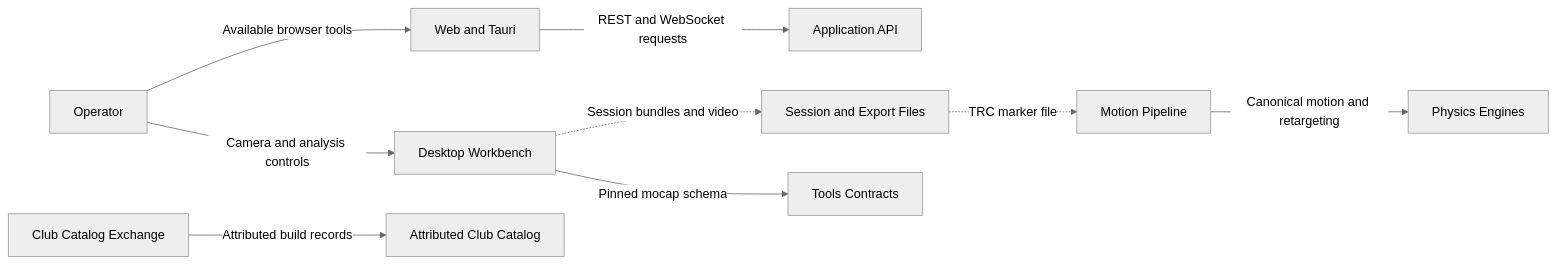
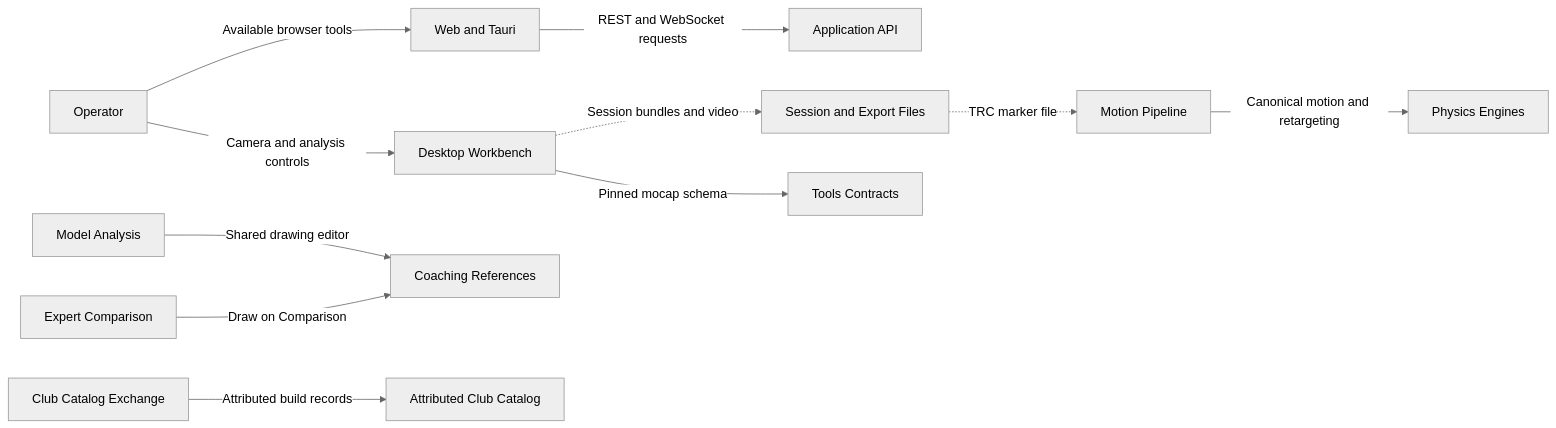
Before and after one commit to D-sorganization/UpstreamDrift: the first of 3 diagrams in docs/architecture/CAPABILITY_ATLAS.md, drawn with Mermaid (neutral theme). The commit also changed other lines of this file and 19 other files, not shown here.

Commit message:
feat(analysis): edit and export shared comparison drawings (#9932)

````diff
--- a/docs/architecture/CAPABILITY_ATLAS.md
+++ b/docs/architecture/CAPABILITY_ATLAS.md
@@ -13,23 +13,28 @@
 ```mermaid
 flowchart LR
   accTitle: System Context and Containers
   accDescr: Source-backed connections. File arrows require explicit artifact exchange.
   n0["Operator"]
   n1["Desktop Workbench"]
   n2["Web and Tauri"]
   n3["Application API"]
   n4["Motion Pipeline"]
   n5["Physics Engines"]
   n6["Session and Export Files"]
   n7["Tools Contracts"]
-  n8["Attributed Club Catalog"]
-  n9["Club Catalog Exchange"]
+  n8["Coaching References"]
+  n9["Expert Comparison"]
+  n10["Attributed Club Catalog"]
+  n11["Club Catalog Exchange"]
+  n12["Model Analysis"]
   n0 -->|"Camera and analysis controls"| n1
   n0 -->|"Available browser tools"| n2
   n2 -->|"REST and WebSocket requests"| n3
   n1 -.->|"Session bundles and video"| n6
   n6 -.->|"TRC marker file"| n4
   n4 -->|"Canonical motion and retargeting"| n5
   n1 -->|"Pinned mocap schema"| n7
-  n9 -->|"Attributed build records"| n8
+  n11 -->|"Attributed build records"| n10
+  n12 -->|"Shared drawing editor"| n8
+  n9 -->|"Draw on Comparison"| n8
 ```
````
